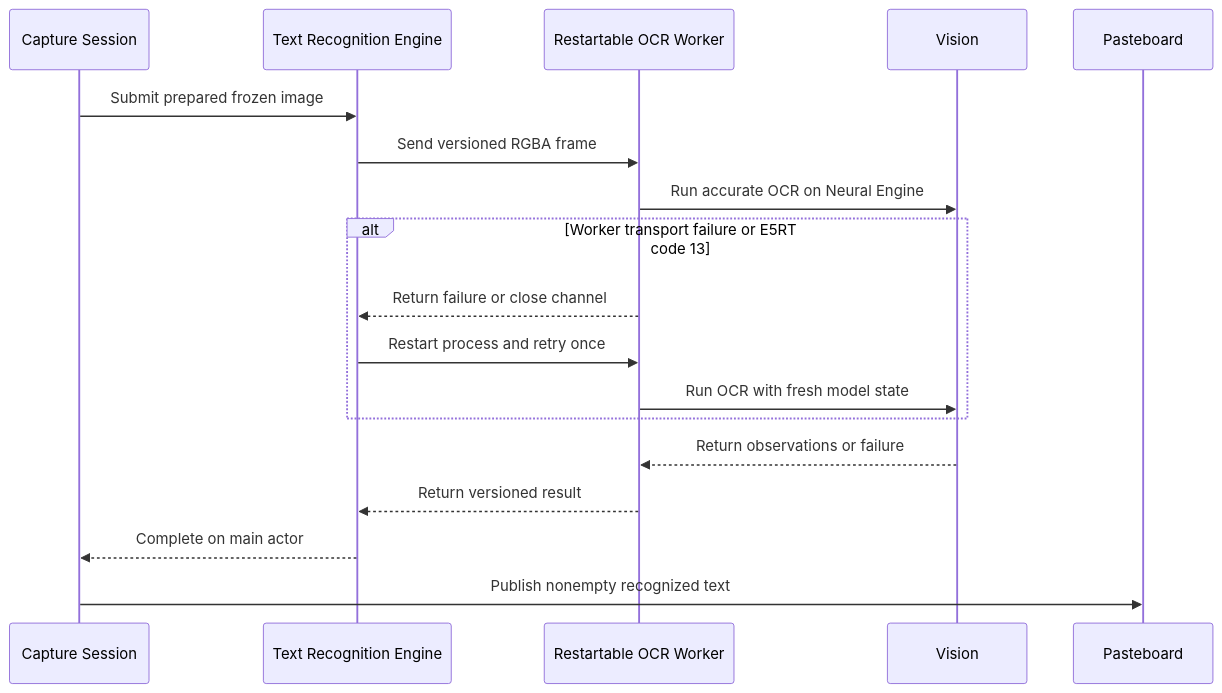
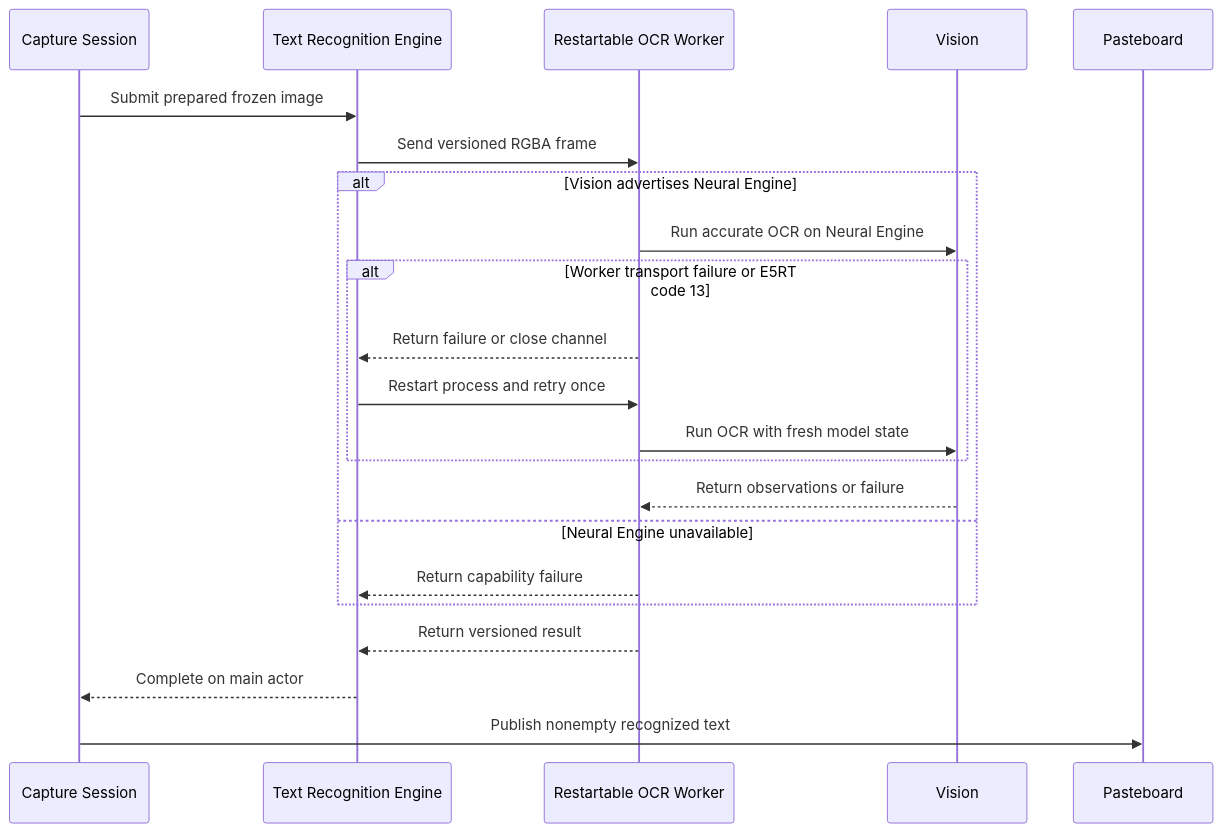
One commit to hack-ink/rsnap changed the diagram in openwiki/reference/workspace-layout.md. Above: the diagram before and after it, drawn with Mermaid. The commit also changed other lines of this file and 5 other files, not shown here.

Commit message:
{"schema":"decodex/commit/2","change":"Allow Neural Engine probe to validate fail-closed virtual runners and prepare 0.3.4","authority":"manual","impact":"compatible"}

````diff
--- a/openwiki/reference/workspace-layout.md
+++ b/openwiki/reference/workspace-layout.md
@@ -398,20 +398,24 @@
 ```mermaid
 sequenceDiagram
     participant CS as Capture Session
     participant TE as Text Recognition Engine
     participant WK as Restartable OCR Worker
     participant VS as Vision
     participant PB as Pasteboard
     CS->>TE: Submit prepared frozen image
     TE->>WK: Send versioned RGBA frame
-    WK->>VS: Run accurate OCR on Neural Engine
-    alt Worker transport failure or E5RT code 13
-        WK-->>TE: Return failure or close channel
-        TE->>WK: Restart process and retry once
-        WK->>VS: Run OCR with fresh model state
+    alt Vision advertises Neural Engine
+        WK->>VS: Run accurate OCR on Neural Engine
+        alt Worker transport failure or E5RT code 13
+            WK-->>TE: Return failure or close channel
+            TE->>WK: Restart process and retry once
+            WK->>VS: Run OCR with fresh model state
+        end
+        VS-->>WK: Return observations or failure
+    else Neural Engine unavailable
+        WK-->>TE: Return capability failure
     end
-    VS-->>WK: Return observations or failure
     WK-->>TE: Return versioned result
     TE-->>CS: Complete on main actor
     CS->>PB: Publish nonempty recognized text
 ```
````
